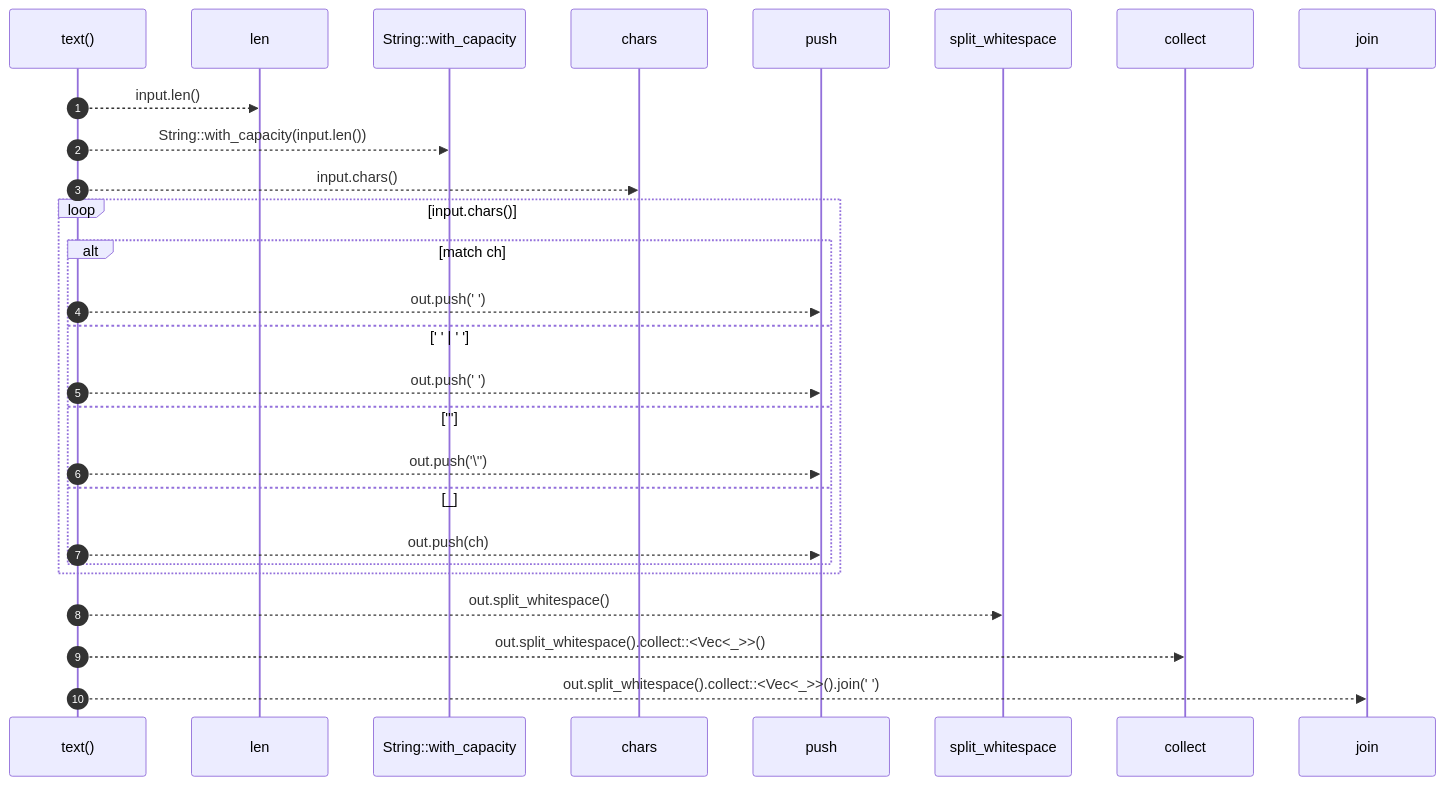
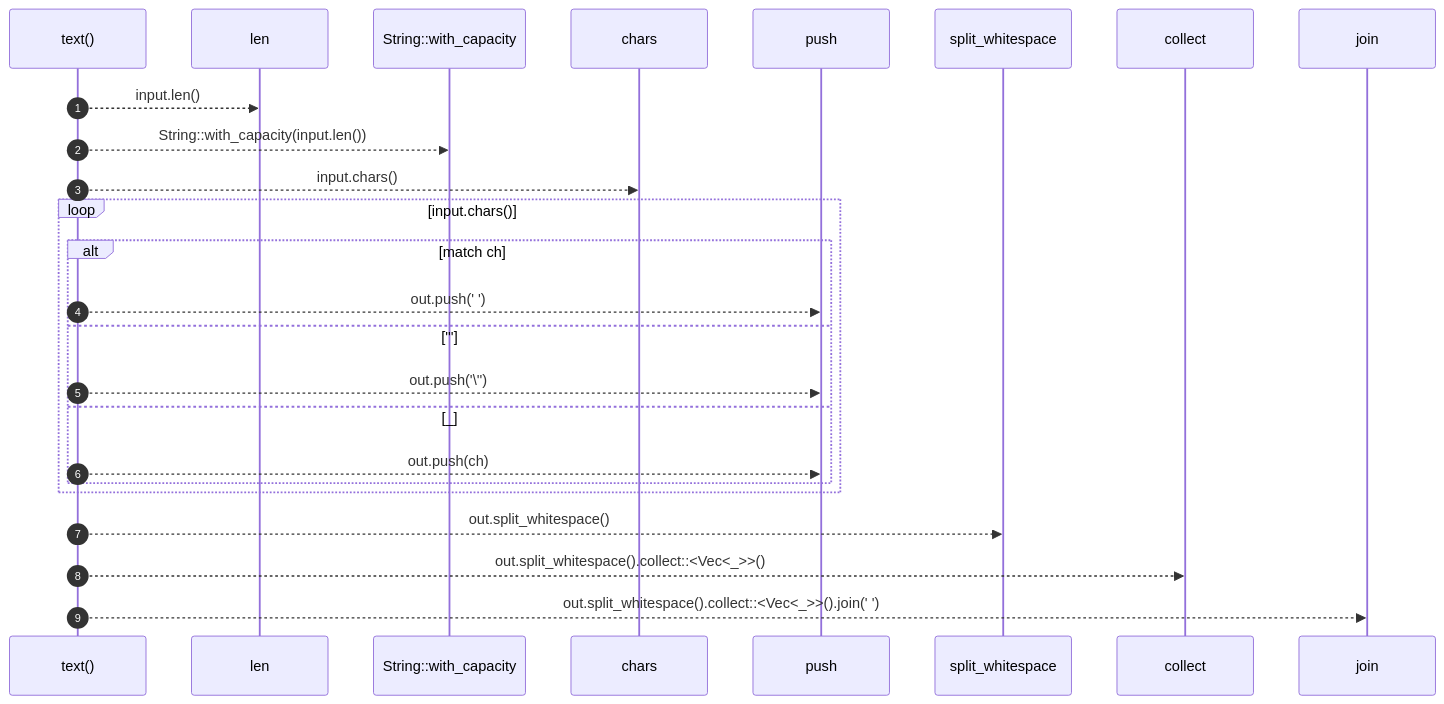
One commit to RyanGuild/self-describing-code changed the diagram in docs/self-model/robby_render/util/text.md. Above: the diagram before and after it, drawn with Mermaid. The commit also changed other lines of this file and 747 other files, not shown here.

````diff
--- a/docs/self-model/robby_render/util/text.md
+++ b/docs/self-model/robby_render/util/text.md
@@ -30,29 +29,27 @@
 ```mermaid
 sequenceDiagram
     autonumber
     participant text as text()
     participant len as len
     participant String__with_capacity as String::with_capacity
     participant chars as chars
     participant push as push
     participant split_whitespace as split_whitespace
     participant collect as collect
     participant join as join
     text-->>len: input.len()
     text-->>String__with_capacity: String::with_capacity(input.len())
     text-->>chars: input.chars()
     loop input.chars()
     alt match ch
     text-->>push: out.push(' ')
-    else ' ' | ' '
-    text-->>push: out.push(' ')
     else '''
     text-->>push: out.push('\'')
     else _
     text-->>push: out.push(ch)
     end
     end
     text-->>split_whitespace: out.split_whitespace()
     text-->>collect: out.split_whitespace().collect::<Vec<_>>()
     text-->>join: out.split_whitespace().collect::<Vec<_>>().join(' ')
 ```
````
